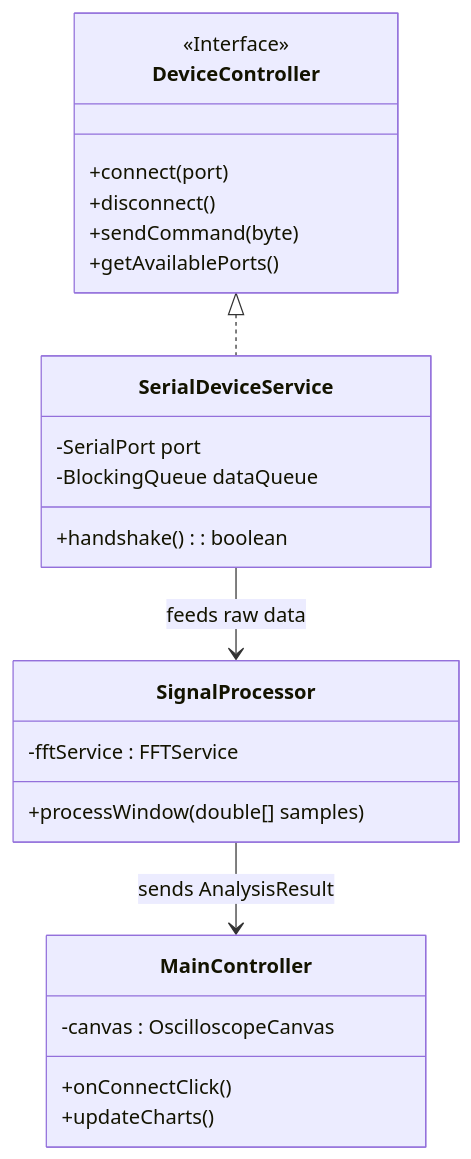
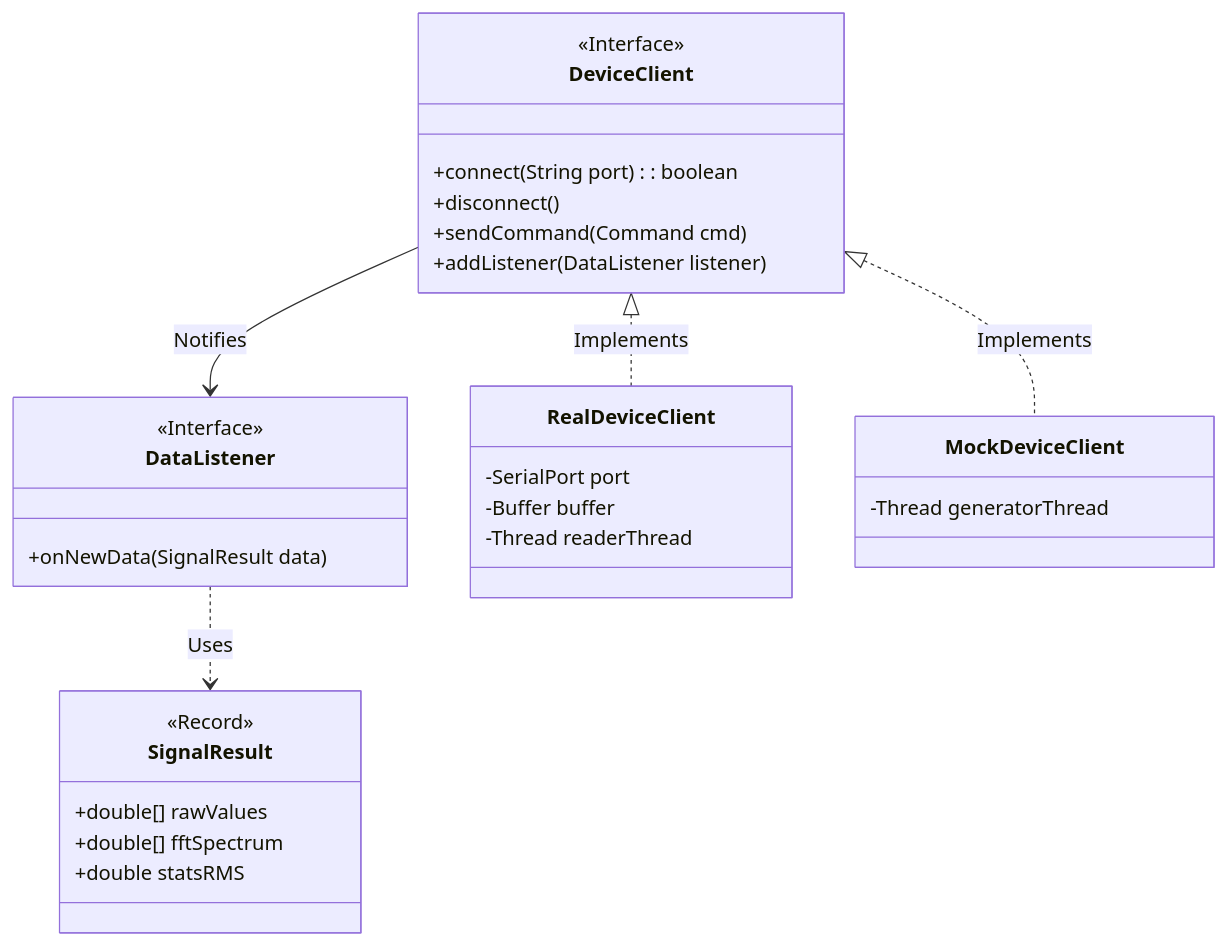
Before and after one commit to lukasz-strama/jsa: the diagram in docs/notes.md, drawn with Mermaid.

Commit message:
Docs: Update technical specifications and architecture notes

````diff
--- a/docs/notes.md
+++ b/docs/notes.md
@@ -78,31 +78,37 @@
 ```mermaid
 classDiagram
-    class DeviceController {
-        <<Interface>>
-        +connect(port)
-        +disconnect()
-        +sendCommand(byte)
-        +getAvailablePorts()
-    }
-    
-    class SerialDeviceService {
-        -SerialPort port
-        -BlockingQueue dataQueue
-        +handshake() : boolean
-    }
-    
-    class SignalProcessor {
-        +processWindow(double[] samples)
-        -fftService : FFTService
-    }
-    
-    class MainController {
-        -canvas : OscilloscopeCanvas
-        +onConnectClick()
-        +updateCharts()
+    class SignalResult {
+        <<Record>>
+        +double[] rawValues
+        +double[] fftSpectrum
+        +double statsRMS
     }
 
-    DeviceController <|.. SerialDeviceService
-    SerialDeviceService --> SignalProcessor : feeds raw data
-    SignalProcessor --> MainController : sends AnalysisResult
+    class DeviceClient {
+        <<Interface>>
+        +connect(String port) : boolean
+        +disconnect()
+        +sendCommand(Command cmd)
+        +addListener(DataListener listener)
+    }
+
+    class DataListener {
+        <<Interface>>
+        +onNewData(SignalResult data)
+    }
+
+    class RealDeviceClient {
+        -SerialPort port
+        -Buffer buffer
+        -Thread readerThread
+    }
+
+    class MockDeviceClient {
+        -Thread generatorThread
+    }
+
+    DeviceClient <|.. RealDeviceClient : Implements 
+    DeviceClient <|.. MockDeviceClient : Implements
+    DeviceClient --> DataListener : Notifies
+    DataListener ..> SignalResult : Uses
 ```
````
